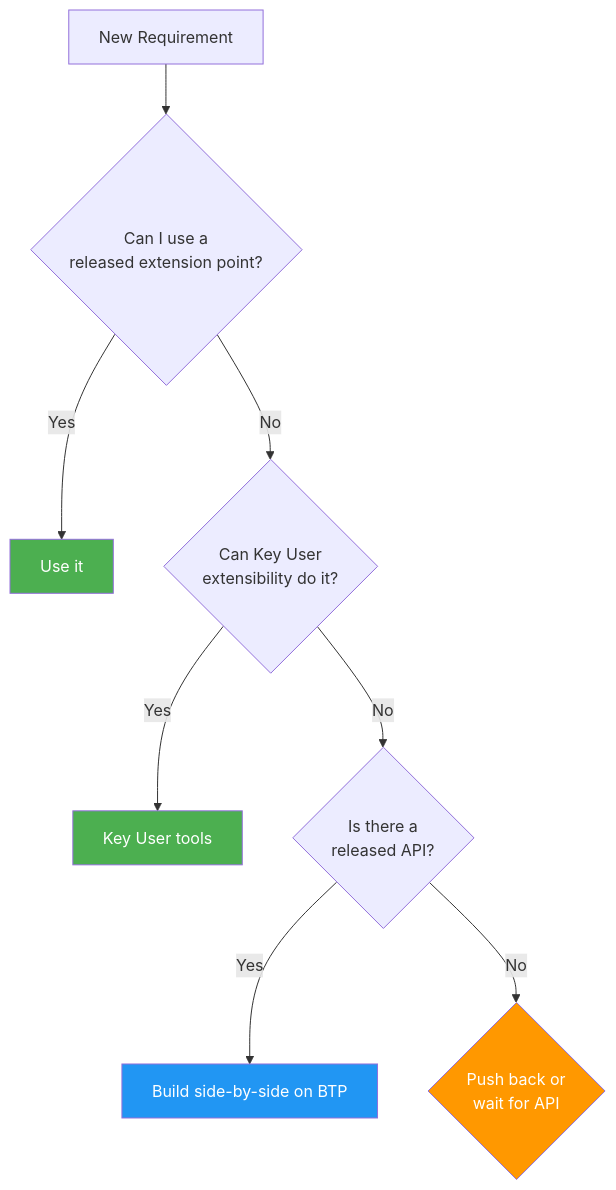
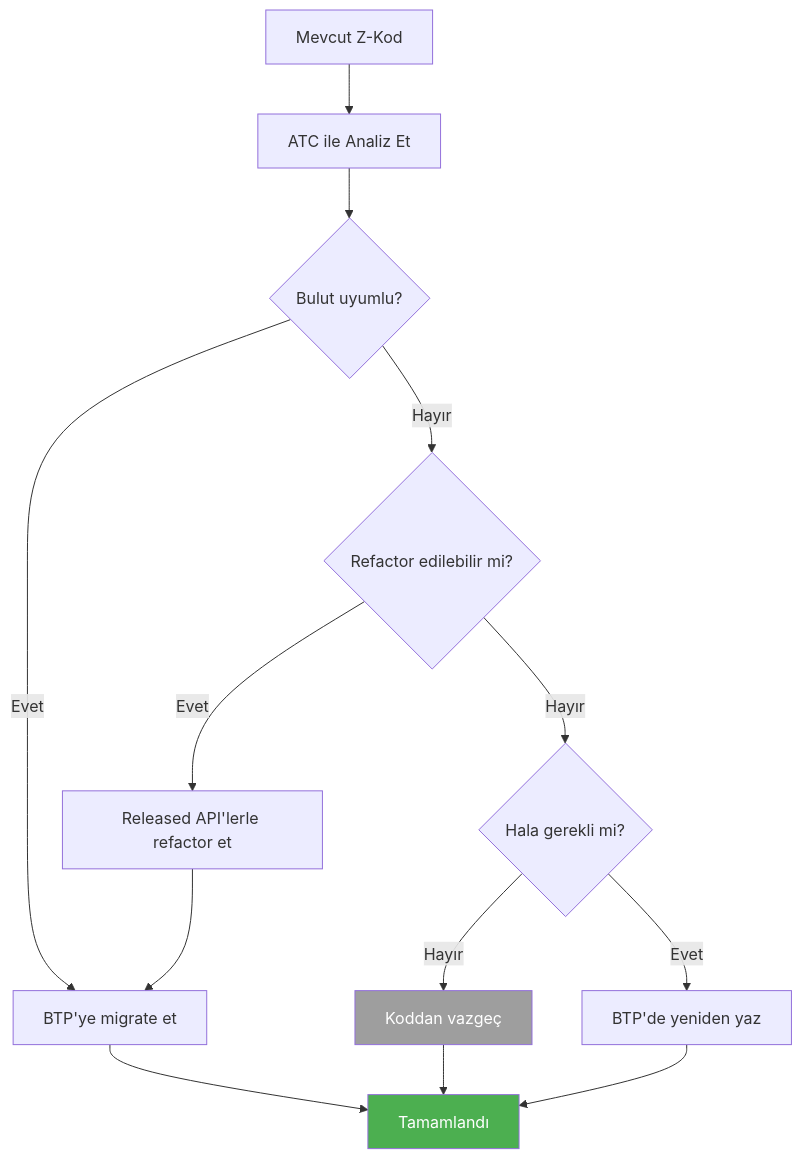
One commit to beyhanmeyrali/sap-all changed the fifth of 5 diagrams in Technical Tutorials/BTP/TR/chapters/17-clean-core.md. Above: the diagram before and after it, drawn with Mermaid. The commit also changed other lines of this file and 2 other files, not shown here.

````diff
--- a/Technical Tutorials/BTP/TR/chapters/17-clean-core.md
+++ b/Technical Tutorials/BTP/TR/chapters/17-clean-core.md
@@ -151,15 +200,23 @@
 ```mermaid
 flowchart TD
-    REQ[New Requirement] --> Q1{Can I use a<br/>released extension point?}
-    Q1 --> |"Yes"| USE[Use it]
-    Q1 --> |"No"| Q2{Can Key User<br/>extensibility do it?}
-    Q2 --> |"Yes"| KEY[Key User tools]
-    Q2 --> |"No"| Q3{Is there a<br/>released API?}
-    Q3 --> |"Yes"| BTP[Build side-by-side on BTP]
-    Q3 --> |"No"| Q4{Push back or<br/>wait for API}
+    START[Mevcut Z-Kod] --> ANALYZE[ATC ile Analiz Et]
 
-    style USE fill:#4CAF50,color:white
-    style KEY fill:#4CAF50,color:white
-    style BTP fill:#2196F3,color:white
-    style Q4 fill:#FF9800,color:white
+    ANALYZE --> Q1{Bulut uyumlu?}
+
+    Q1 --> |"Evet"| MIGRATE[BTP'ye migrate et]
+    Q1 --> |"Hayır"| Q2{Refactor edilebilir mi?}
+
+    Q2 --> |"Evet"| REFACTOR[Released API'lerle refactor et]
+    Q2 --> |"Hayır"| Q3{Hala gerekli mi?}
+
+    Q3 --> |"Hayır"| RETIRE[Koddan vazgeç]
+    Q3 --> |"Evet"| REWRITE[BTP'de yeniden yaz]
+
+    REFACTOR --> MIGRATE
+    REWRITE --> DONE[Tamamlandı]
+    MIGRATE --> DONE
+    RETIRE --> DONE
+
+    style DONE fill:#4CAF50,color:white
+    style RETIRE fill:#9E9E9E,color:white
 ```
````
